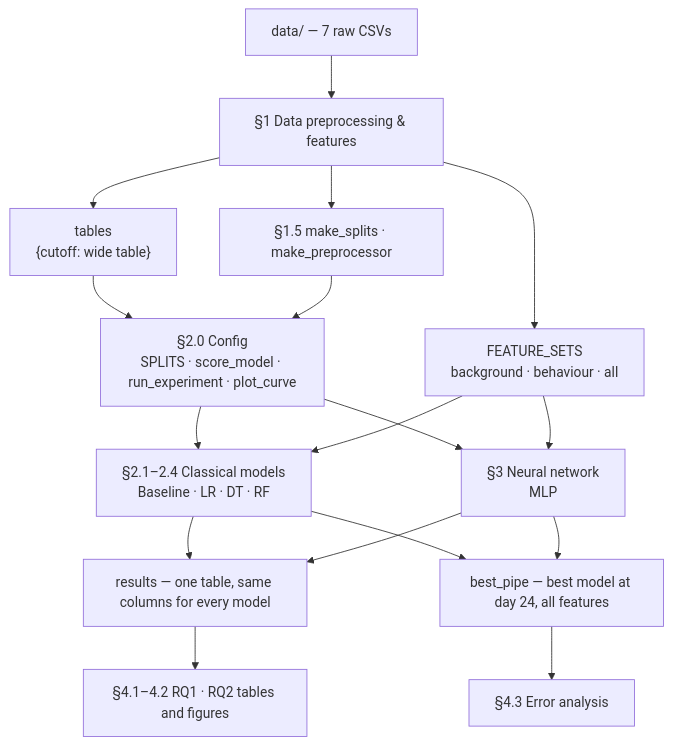
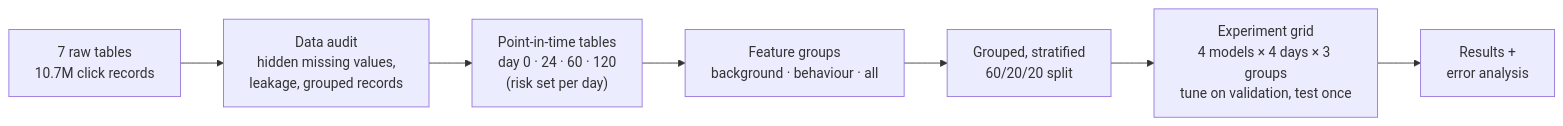
One commit to guangyu11/OULAD-Prediction changed the diagram in README.md. Above: the diagram before and after it, drawn with Mermaid. The commit also changed other lines of this file and 55 other files, not shown here.

````diff
--- a/README.md
+++ b/README.md
@@ -63,16 +28,9 @@
 ```mermaid
-flowchart TD
-    raw["data/ — 7 raw CSVs"] --> s1["§1 Data preprocessing & features"]
-    s1 --> tables["tables<br/>{cutoff: wide table}"]
-    s1 --> fsets["FEATURE_SETS<br/>background · behaviour · all"]
-    s1 --> h15["§1.5 make_splits · make_preprocessor"]
-    tables & h15 --> s20["§2.0 Config<br/>SPLITS · score_model · run_experiment · plot_curve"]
-    s20 & fsets --> s2["§2.1–2.4 Classical models<br/>Baseline · LR · DT · RF"]
-    s20 & fsets --> s3["§3 Neural network<br/>MLP"]
-    s2 --> res["results — one table, same columns for every model"]
-    s3 --> res
-    s2 --> bp["best_pipe — best model at day 24, all features"]
-    s3 --> bp
-    res --> s4["§4.1–4.2 RQ1 · RQ2 tables and figures"]
-    bp --> s4e["§4.3 Error analysis"]
+flowchart LR
+    raw["7 raw tables<br/>10.7M click records"] --> audit["Data audit<br/>hidden missing values,<br/>leakage, grouped records"]
+    audit --> snap["Point-in-time tables<br/>day 0 · 24 · 60 · 120<br/>(risk set per day)"]
+    snap --> groups["Feature groups<br/>background · behaviour · all"]
+    groups --> split["Grouped, stratified<br/>60/20/20 split"]
+    split --> grid["Experiment grid<br/>4 models × 4 days × 3 groups<br/>tune on validation, test once"]
+    grid --> eval["Results +<br/>error analysis"]
 ```
````
